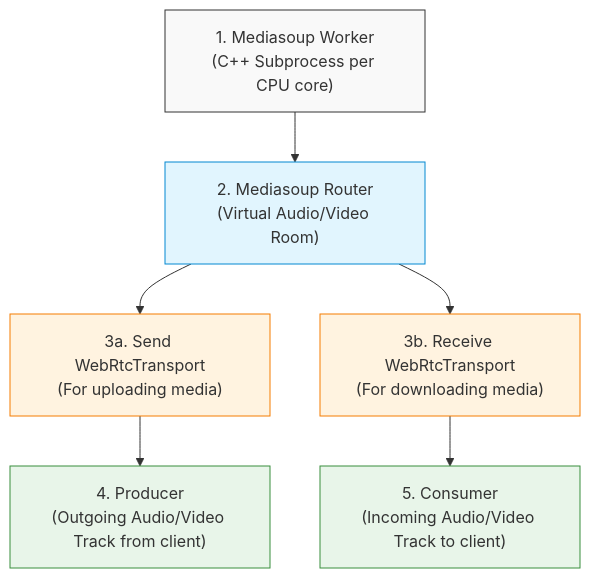
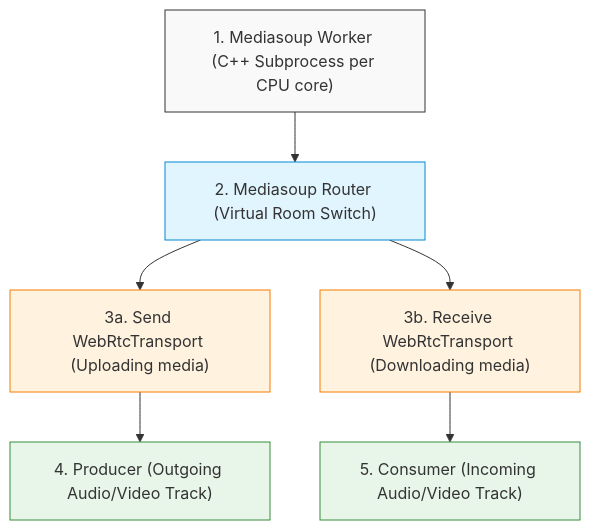
The third of 4 diagrams in services/sfu-service/md/readme.md (INDIAN-MEET/GOOGLE_MEET), drawn with Mermaid before and after one commit. The commit also changed other lines of this file, not shown here.

Commit message:
fix: sanitize mermaid diagrams syntax in phase-9 SFU guide

````diff
--- a/services/sfu-service/md/readme.md
+++ b/services/sfu-service/md/readme.md
@@ -68,22 +68,22 @@
 ```mermaid
 flowchart TD
-    Worker["1. Mediasoup Worker<br/>(C++ Subprocess per CPU core)"]
-    Router["2. Mediasoup Router<br/>(Virtual Audio/Video Room)"]
-    SendTransport["3a. Send WebRtcTransport<br/>(For uploading media)"]
-    RecvTransport["3b. Receive WebRtcTransport<br/>(For downloading media)"]
-    Producer["4. Producer<br/>(Outgoing Audio/Video Track from client)"]
-    Consumer["5. Consumer<br/>(Incoming Audio/Video Track to client)"]
+    Worker["1. Mediasoup Worker (C++ Subprocess per CPU core)"]
+    Router["2. Mediasoup Router (Virtual Room Switch)"]
+    SendTransport["3a. Send WebRtcTransport (Uploading media)"]
+    RecvTransport["3b. Receive WebRtcTransport (Downloading media)"]
+    Producer["4. Producer (Outgoing Audio/Video Track)"]
+    Consumer["5. Consumer (Incoming Audio/Video Track)"]
 
     Worker --> Router
     Router --> SendTransport
     Router --> RecvTransport
     SendTransport --> Producer
     RecvTransport --> Consumer
 
     style Worker fill:#f9f9f9,stroke:#333
     style Router fill:#e1f5fe,stroke:#0288d1
     style SendTransport fill:#fff3e0,stroke:#f57c00
     style RecvTransport fill:#fff3e0,stroke:#f57c00
     style Producer fill:#e8f5e9,stroke:#388e3c
     style Consumer fill:#e8f5e9,stroke:#388e3c
 ```
````
